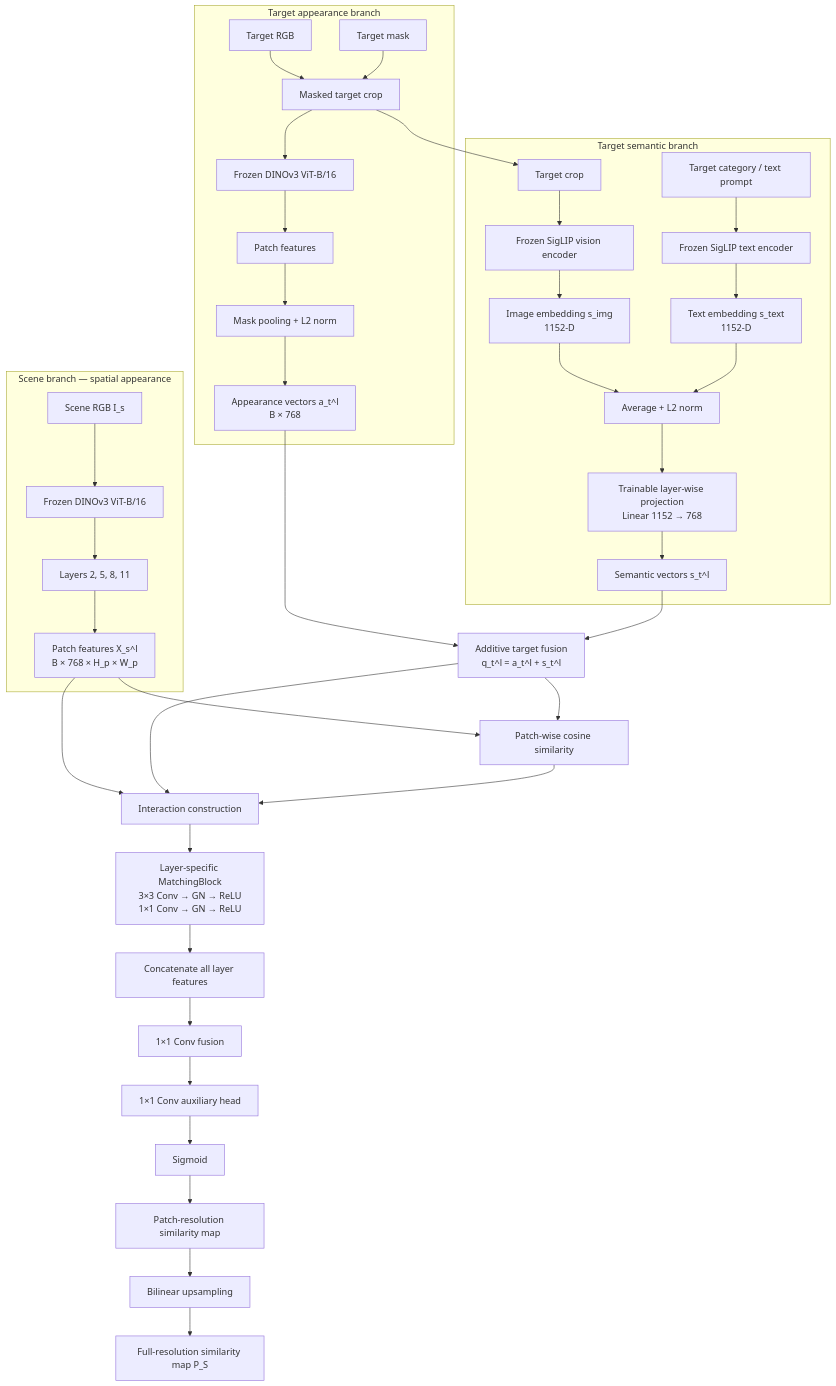
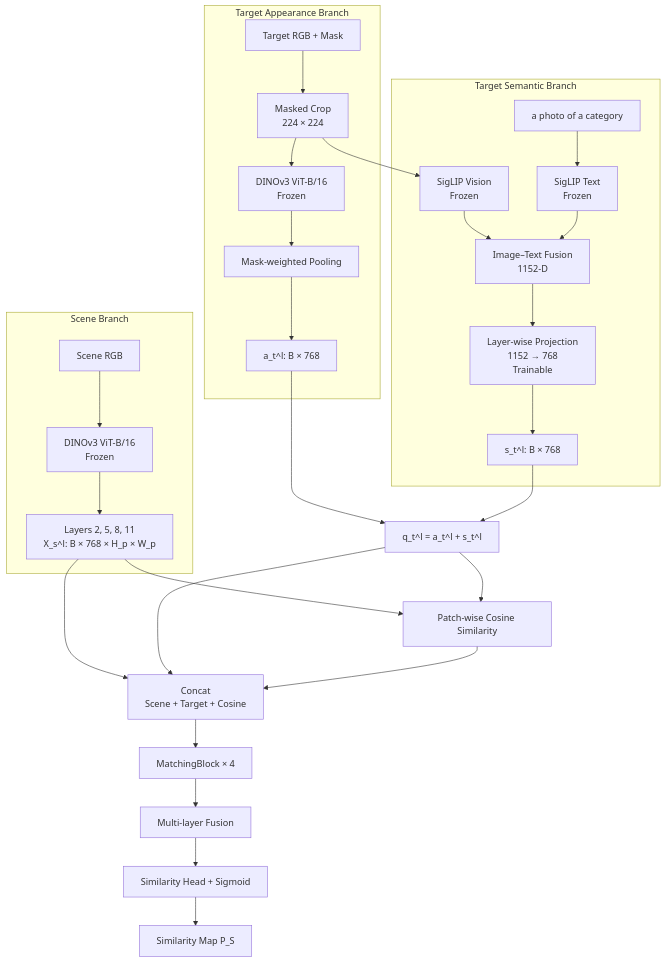
The second of 3 diagrams in README2.md (JeonHaneul/2D-PDM_DINOv3), drawn with Mermaid before and after one commit. The commit also changed other lines of this file, not shown here.

Commit message:
Rewrite README2 for ViT-B similarity pipeline

````diff
--- a/README2.md
+++ b/README2.md
@@ -155,57 +94,42 @@
 ```mermaid
 flowchart TB
-    subgraph SceneBranch["Scene branch — spatial appearance"]
-        SRGB["Scene RGB I_s"]
-        SDINO["Frozen DINOv3 ViT-B/16"]
-        SL["Layers 2, 5, 8, 11"]
-        SP["Patch features X_s^l<br/>B × 768 × H_p × W_p"]
-        SRGB --> SDINO --> SL --> SP
+    subgraph SCENE["Scene Branch"]
+        SRGB["Scene RGB"]
+        SDINO["DINOv3 ViT-B/16<br/>Frozen"]
+        SFEAT["Layers 2, 5, 8, 11<br/>X_s^l: B × 768 × H_p × W_p"]
+        SRGB --> SDINO --> SFEAT
     end
 
-    subgraph TargetAppearance["Target appearance branch"]
-        TRGB["Target RGB"]
-        TMASK["Target mask"]
-        CROP["Masked target crop"]
-        TDINO["Frozen DINOv3 ViT-B/16"]
-        TP["Patch features"]
-        MPOOL["Mask pooling + L2 norm"]
-        TA["Appearance vectors a_t^l<br/>B × 768"]
-        TRGB --> CROP
-        TMASK --> CROP
-        CROP --> TDINO --> TP --> MPOOL --> TA
+    subgraph APPEARANCE["Target Appearance Branch"]
+        TRGB["Target RGB + Mask"]
+        CROP["Masked Crop<br/>224 × 224"]
+        TDINO["DINOv3 ViT-B/16<br/>Frozen"]
+        POOL["Mask-weighted Pooling"]
+        AVEC["a_t^l: B × 768"]
+        TRGB --> CROP --> TDINO --> POOL --> AVEC
     end
 
-    subgraph TargetSemantic["Target semantic branch"]
-        CROP2["Target crop"]
-        LABEL["Target category / text prompt"]
-        SV["Frozen SigLIP vision encoder"]
-        ST["Frozen SigLIP text encoder"]
-        SEI["Image embedding s_img<br/>1152-D"]
-        SET["Text embedding s_text<br/>1152-D"]
-        SAVG["Average + L2 norm"]
-        PROJ["Trainable layer-wise projection<br/>Linear 1152 → 768"]
-        SEM["Semantic vectors s_t^l"]
-        CROP2 --> SV --> SEI --> SAVG
-        LABEL --> ST --> SET --> SAVG
-        SAVG --> PROJ --> SEM
+    subgraph SEMANTIC["Target Semantic Branch"]
+        SIGIMG["SigLIP Vision<br/>Frozen"]
+        PROMPT["a photo of a category"]
+        SIGTXT["SigLIP Text<br/>Frozen"]
+        SEMFUSE["Image–Text Fusion<br/>1152-D"]
+        PROJ["Layer-wise Projection<br/>1152 → 768<br/>Trainable"]
+        SVEC["s_t^l: B × 768"]
+        CROP --> SIGIMG --> SEMFUSE
+        PROMPT --> SIGTXT --> SEMFUSE
+        SEMFUSE --> PROJ --> SVEC
     end
 
-    CROP --> CROP2
-    TA --> ADD["Additive target fusion<br/>q_t^l = a_t^l + s_t^l"]
-    SEM --> ADD
-
-    SP --> COS["Patch-wise cosine similarity"]
-    ADD --> COS
-    SP --> INTER["Interaction construction"]
-    ADD --> INTER
-    COS --> INTER
-
-    INTER --> MATCH["Layer-specific MatchingBlock<br/>3×3 Conv → GN → ReLU<br/>1×1 Conv → GN → ReLU"]
-    MATCH --> MCAT["Concatenate all layer features"]
-    MCAT --> FUSE["1×1 Conv fusion"]
-    FUSE --> HEAD["1×1 Conv auxiliary head"]
-    HEAD --> SIG["Sigmoid"]
-    SIG --> LOW["Patch-resolution similarity map"]
-    LOW --> UP["Bilinear upsampling"]
-    UP --> FULL["Full-resolution similarity map P_S"]
+    AVEC --> QFUSE["q_t^l = a_t^l + s_t^l"]
+    SVEC --> QFUSE
+    SFEAT --> COS["Patch-wise Cosine Similarity"]
+    QFUSE --> COS
+    SFEAT --> INTERACT["Concat<br/>Scene + Target + Cosine"]
+    QFUSE --> INTERACT
+    COS --> INTERACT
+    INTERACT --> BLOCKS["MatchingBlock × 4"]
+    BLOCKS --> LFUSE["Multi-layer Fusion"]
+    LFUSE --> HEAD["Similarity Head + Sigmoid"]
+    HEAD --> PMAP["Similarity Map P_S"]
 ```
````
